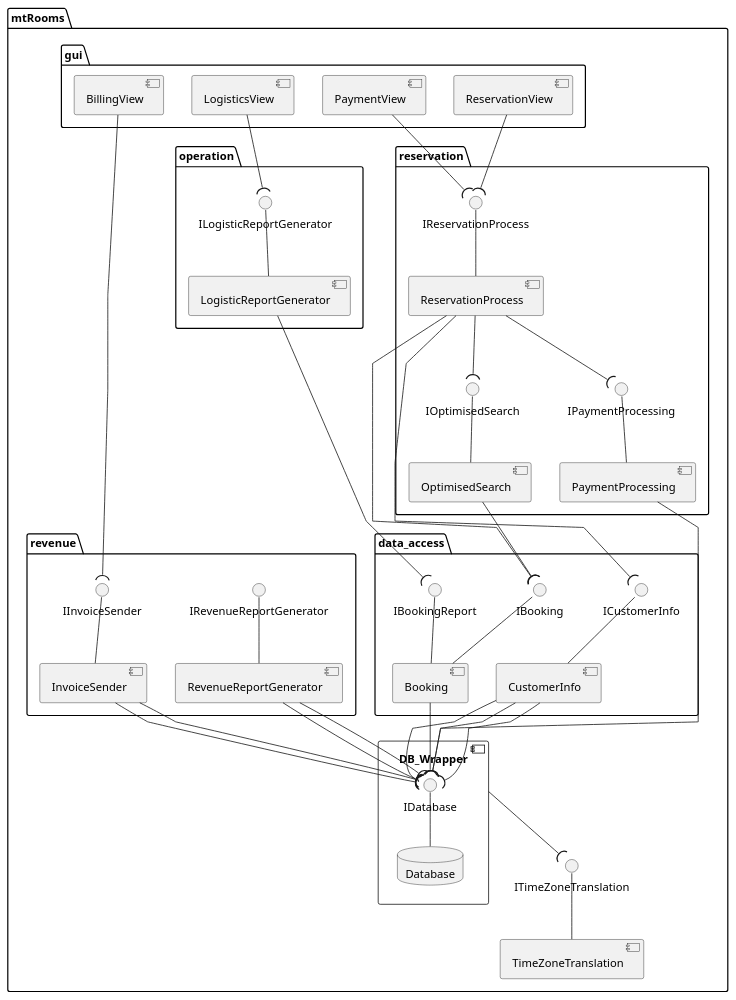
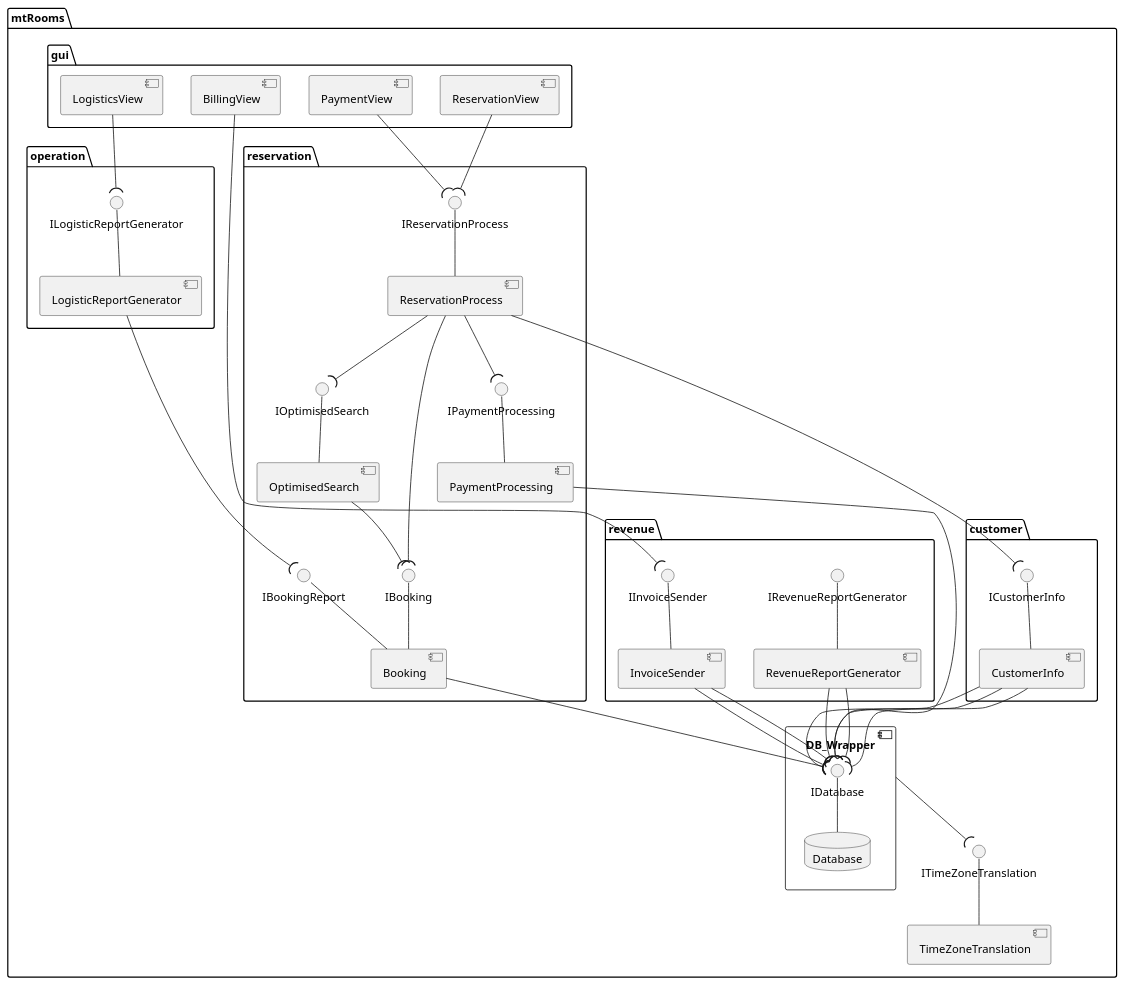
One commit to BBKbeam/mtRooms changed the diagram in docs/uml/architecture.puml. Above: the diagram before and after it, drawn with PlantUML. The commit also changed 1 other file, not shown here.

Commit message:
[UML] Updated diag; moved "data_access" components to "customer" and "reservation"

```diff
--- a/docs/uml/architecture.puml
+++ b/docs/uml/architecture.puml
@@ -1,95 +1,97 @@
 @startuml
 
 'skinparam linetype ortho
-skinparam linetype polyline
+'skinparam linetype polyline
 
 package mtRooms {
     package "gui" {
         [BillingView]
         [LogisticsView]
         [ReservationView]
         [PaymentView]
     }
 
     package "reservation" {
         interface IReservationProcess
         [ReservationProcess]
         interface IOptimisedSearch
         [OptimisedSearch]
         interface IPaymentProcessing
         [PaymentProcessing]
+        interface IBooking
+        interface IBookingReport
+        [Booking]
 
         IReservationProcess -- ReservationProcess
         IOptimisedSearch -- OptimisedSearch
 
         ReservationProcess --( IOptimisedSearch
+
+        IBooking -- Booking
+        IBookingReport -- Booking
+        IPaymentProcessing -- PaymentProcessing
     }
 
-    package "data_access" {
-        interface IBooking
-        interface IBookingReport
-        [Booking]
+    package "customer" {
         interface ICustomerInfo
         [CustomerInfo]
 
-        IBooking -- Booking
-        IBookingReport -- Booking
         ICustomerInfo -- CustomerInfo
-        IPaymentProcessing -- PaymentProcessing
     }
 
     package "revenue" {
         [RevenueReportGenerator]
         interface IRevenueReportGenerator
         [InvoiceSender]
         interface IInvoiceSender
 
         IRevenueReportGenerator -- RevenueReportGenerator
         IInvoiceSender -- InvoiceSender
     }
 
     package "operation" {
         [LogisticReportGenerator]
         interface ILogisticReportGenerator
 
         ILogisticReportGenerator -- LogisticReportGenerator
     }
 
     component DB_Wrapper {
         interface IDatabase
         database Database
 
         IDatabase -- Database
     }
     
     interface ITimeZoneTranslation
     [TimeZoneTranslation]
     ITimeZoneTranslation -- TimeZoneTranslation
     
     DB_Wrapper --( ITimeZoneTranslation
     
 
     IInvoiceSender )-up- BillingView
     ILogisticReportGenerator )-up- LogisticsView
     ReservationView --( IReservationProcess
     PaymentView --( IReservationProcess
 
     ReservationProcess --( IPaymentProcessing
     ReservationProcess --( IBooking
     ReservationProcess --( ICustomerInfo
     OptimisedSearch --( IBooking
 
     Booking --( IDatabase
+
     CustomerInfo --( IDatabase
     CustomerInfo --( IDatabase
     CustomerInfo --( IDatabase
 
     PaymentProcessing --( IDatabase
     LogisticReportGenerator --( IBookingReport
     InvoiceSender --( IDatabase
     InvoiceSender --( IDatabase
     RevenueReportGenerator --( IDatabase
     RevenueReportGenerator --( IDatabase
 }
 
 @enduml
```
